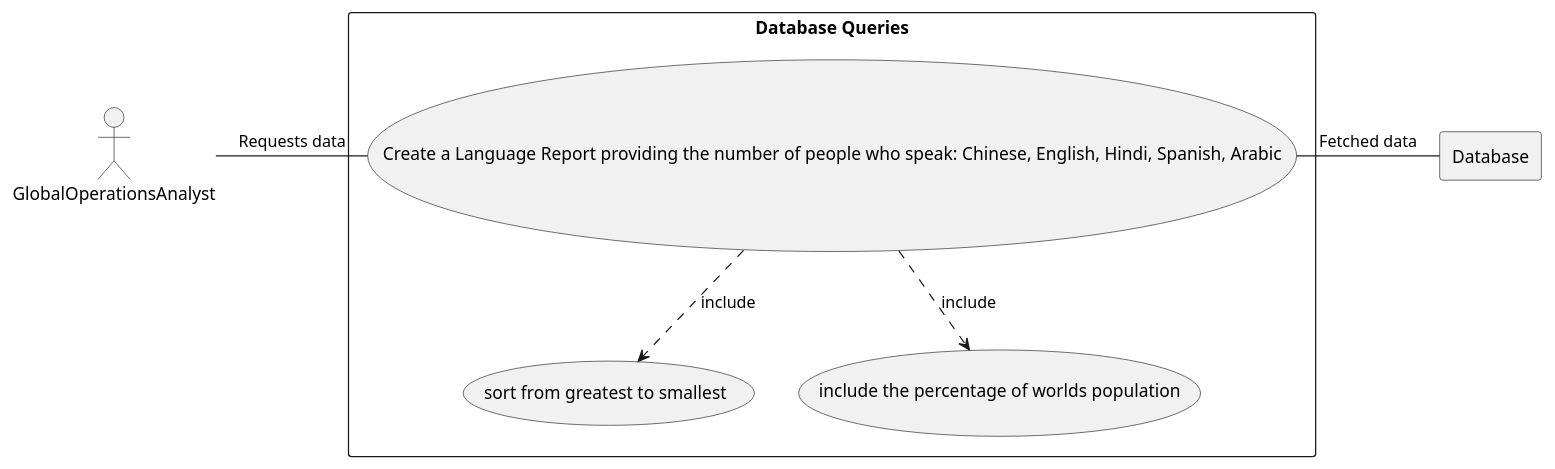
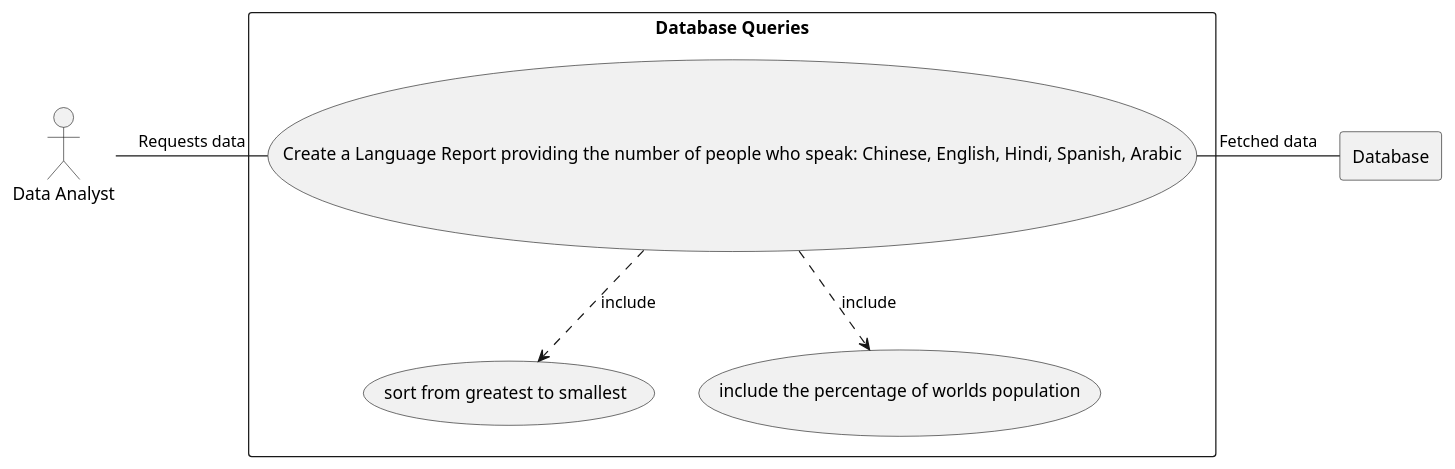
One commit to sim-macdonald/SEM-Coursework changed the diagram in UseCase/UseCaseDiagram-Languages.puml. Above: the diagram before and after it, drawn with PlantUML. The commit also changed 2 other files, not shown here.

Commit message:
updated use case diagrams and user stories

```diff
--- a/UseCase/UseCaseDiagram-Languages.puml
+++ b/UseCase/UseCaseDiagram-Languages.puml
@@ -1,21 +1,21 @@
 @startuml
 
-actor GOA as "GlobalOperationsAnalyst"
+actor DataAnalyst as "Data Analyst"
 
 rectangle Database
 
 rectangle "Database Queries" {
     usecase Usecase1 as "Create a Language Report providing the number of people who speak: Chinese, English, Hindi, Spanish, Arabic"
 
     usecase uc as "sort from greatest to smallest"
 
     usecase uc2 as "include the percentage of worlds population"
 
-    GOA - Usecase1 : "Requests data"
+    DataAnalyst - Usecase1 : "Requests data"
     Usecase1 ..> uc : include
     Usecase1 ..> uc2 : include
 
     Usecase1 - Database : "Fetched data"
 }
 
 @enduml
```
